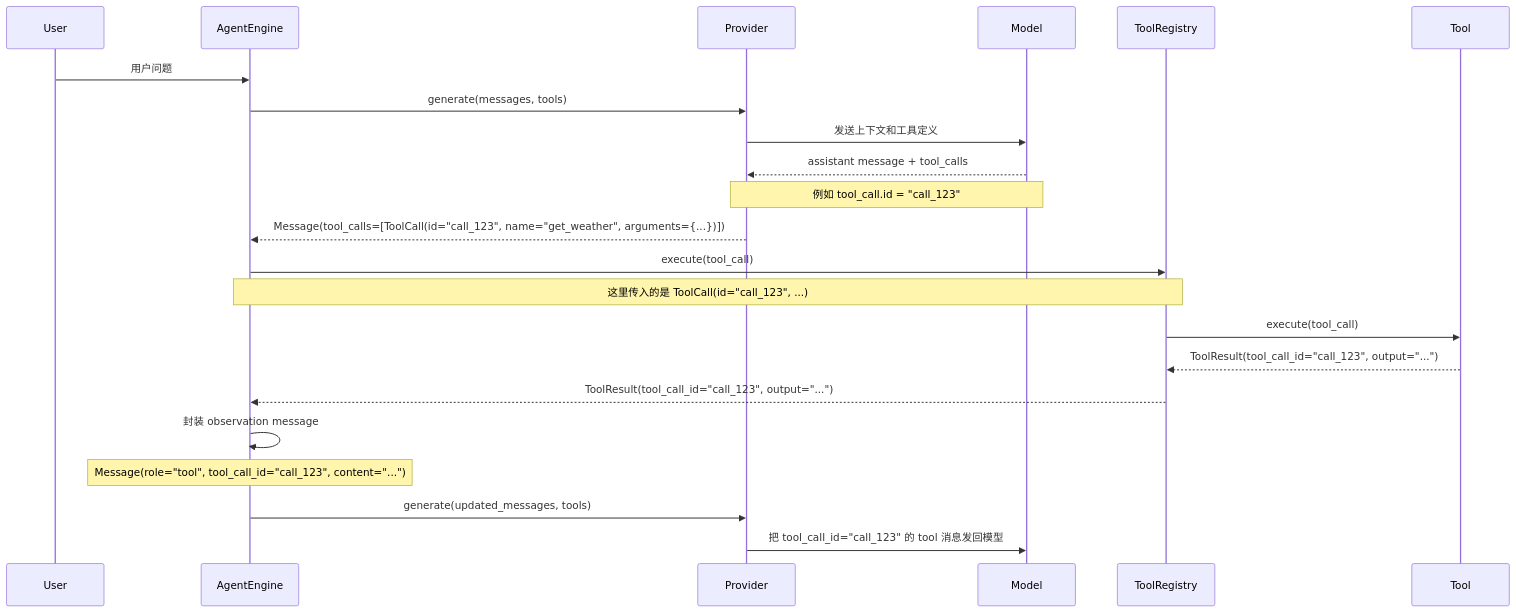
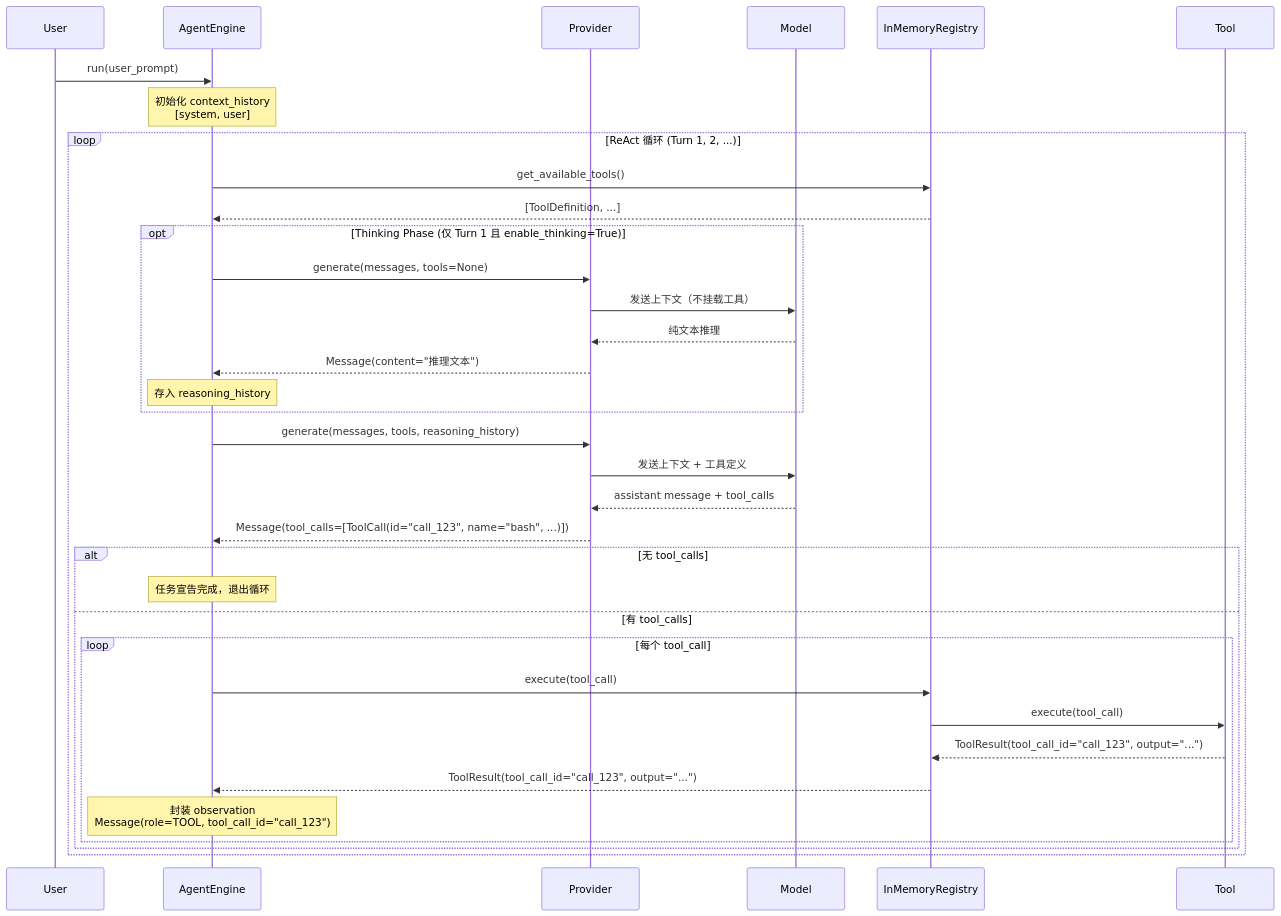
Before and after one commit to QDeepFlow/my-harness: the diagram in README.md, drawn with Mermaid. The commit also changed other lines of this file, not shown here.

Commit message:
update README to reflect changes in tool registry and execution flow

````diff
--- a/README.md
+++ b/README.md
@@ -193,33 +195,42 @@
 ```mermaid
 sequenceDiagram
     participant U as User
     participant E as AgentEngine
     participant P as Provider
     participant M as Model
-    participant R as ToolRegistry
+    participant R as InMemoryRegistry
     participant T as Tool
 
-    U->>E: 用户问题
-    E->>P: generate(messages, tools)
-    P->>M: 发送上下文和工具定义
+    U->>E: run(user_prompt)
+    Note over E: 初始化 context_history<br/>[system, user]
 
-    M-->>P: assistant message + tool_calls
-    Note over M,P: 例如 tool_call.id = "call_123"
+    loop ReAct 循环 (Turn 1, 2, ...)
+        E->>R: get_available_tools()
+        R-->>E: [ToolDefinition, ...]
 
-    P-->>E: Message(tool_calls=[ToolCall(id="call_123", name="get_weather", arguments={...})])
+        opt Thinking Phase (仅 Turn 1 且 enable_thinking=True)
+            E->>P: generate(messages, tools=None)
+            P->>M: 发送上下文（不挂载工具）
+            M-->>P: 纯文本推理
+            P-->>E: Message(content="推理文本")
+            Note over E: 存入 reasoning_history
+        end
 
-    E->>R: execute(tool_call)
-    Note over E,R: 这里传入的是 ToolCall(id="call_123", ...)
+        E->>P: generate(messages, tools, reasoning_history)
+        P->>M: 发送上下文 + 工具定义
+        M-->>P: assistant message + tool_calls
+        P-->>E: Message(tool_calls=[ToolCall(id="call_123", name="bash", ...)])
 
-    R->>T: execute(tool_call)
-    T-->>R: ToolResult(tool_call_id="call_123", output="...")
-
-    R-->>E: ToolResult(tool_call_id="call_123", output="...")
-
-    E->>E: 封装 observation message
-    Note over E: Message(role="tool", tool_call_id="call_123", content="...")
-
-    E->>P: generate(updated_messages, tools)
-    P->>M: 把 tool_call_id="call_123" 的 tool 消息发回模型
-
+        alt 无 tool_calls
+            Note over E: 任务宣告完成，退出循环
+        else 有 tool_calls
+            loop 每个 tool_call
+                E->>R: execute(tool_call)
+                R->>T: execute(tool_call)
+                T-->>R: ToolResult(tool_call_id="call_123", output="...")
+                R-->>E: ToolResult(tool_call_id="call_123", output="...")
+                Note over E: 封装 observation<br/>Message(role=TOOL, tool_call_id="call_123")
+            end
+        end
+    end
 ```
````
